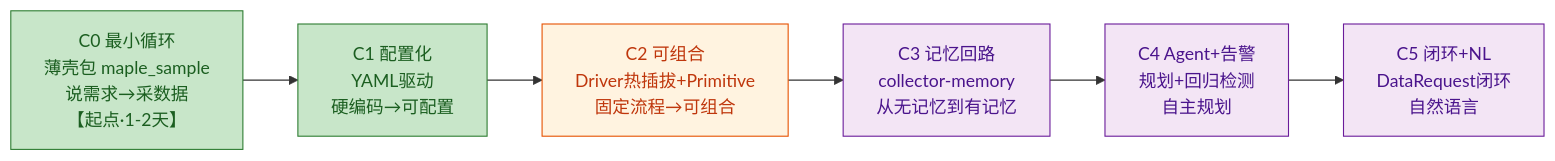
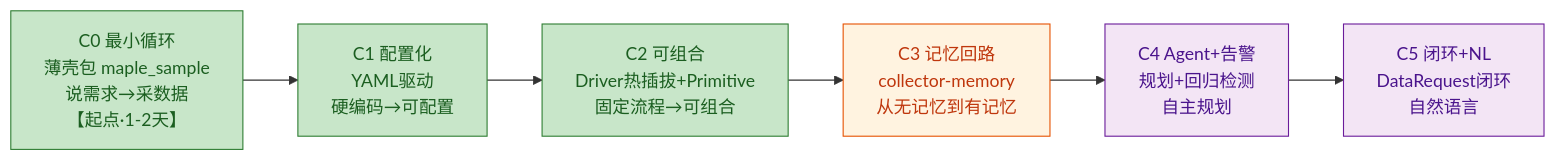
Before and after one commit to geminiyao/PerfAnalysisTool: the diagram in docs/collector/plan/roadmap.md, drawn with Mermaid. The commit also changed other lines of this file and 824 other files, not shown here.

````diff
--- a/docs/collector/plan/roadmap.md
+++ b/docs/collector/plan/roadmap.md
@@ -26,15 +26,15 @@
 ```mermaid
 flowchart LR
     C0["C0 最小循环<br/>薄壳包 maple_sample<br/>说需求→采数据<br/>【起点·1-2天】"] --> C1["C1 配置化<br/>YAML驱动<br/>硬编码→可配置"]
     C1 --> C2["C2 可组合<br/>Driver热插拔+Primitive<br/>固定流程→可组合"]
     C2 --> C3["C3 记忆回路<br/>collector-memory<br/>从无记忆到有记忆"]
     C3 --> C4["C4 Agent+告警<br/>规划+回归检测<br/>自主规划"]
     C4 --> C5["C5 闭环+NL<br/>DataRequest闭环<br/>自然语言"]
 
     classDef done fill:#c8e6c9,stroke:#2e7d32,color:#1b5e20
     classDef now fill:#fff3e0,stroke:#e65100,color:#bf360c
     classDef todo fill:#f3e5f5,stroke:#6a1b9a,color:#4a148c
-    class C0,C1 done
-    class C2 now
-    class C3,C4,C5 todo
+    class C0,C1,C2 done
+    class C3 now
+    class C4,C5 todo
 ```
````
